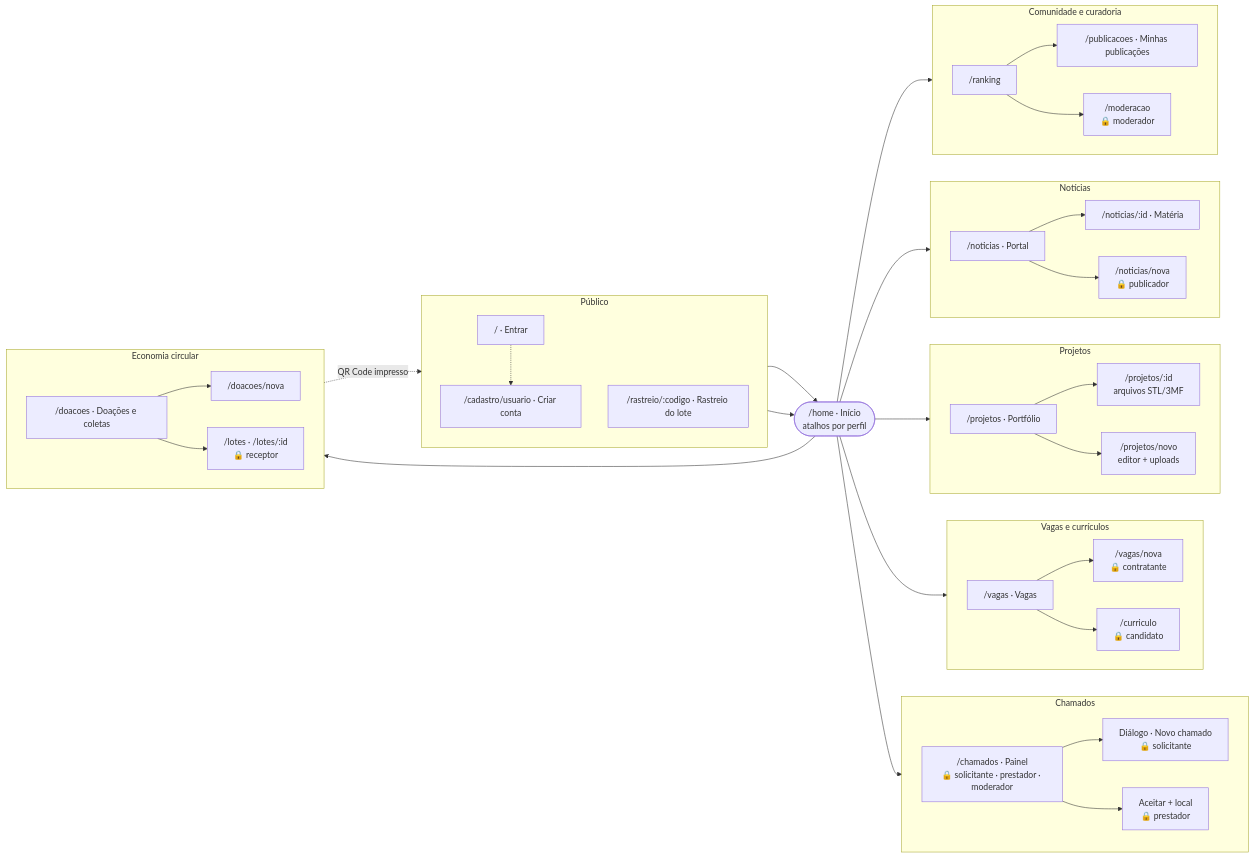
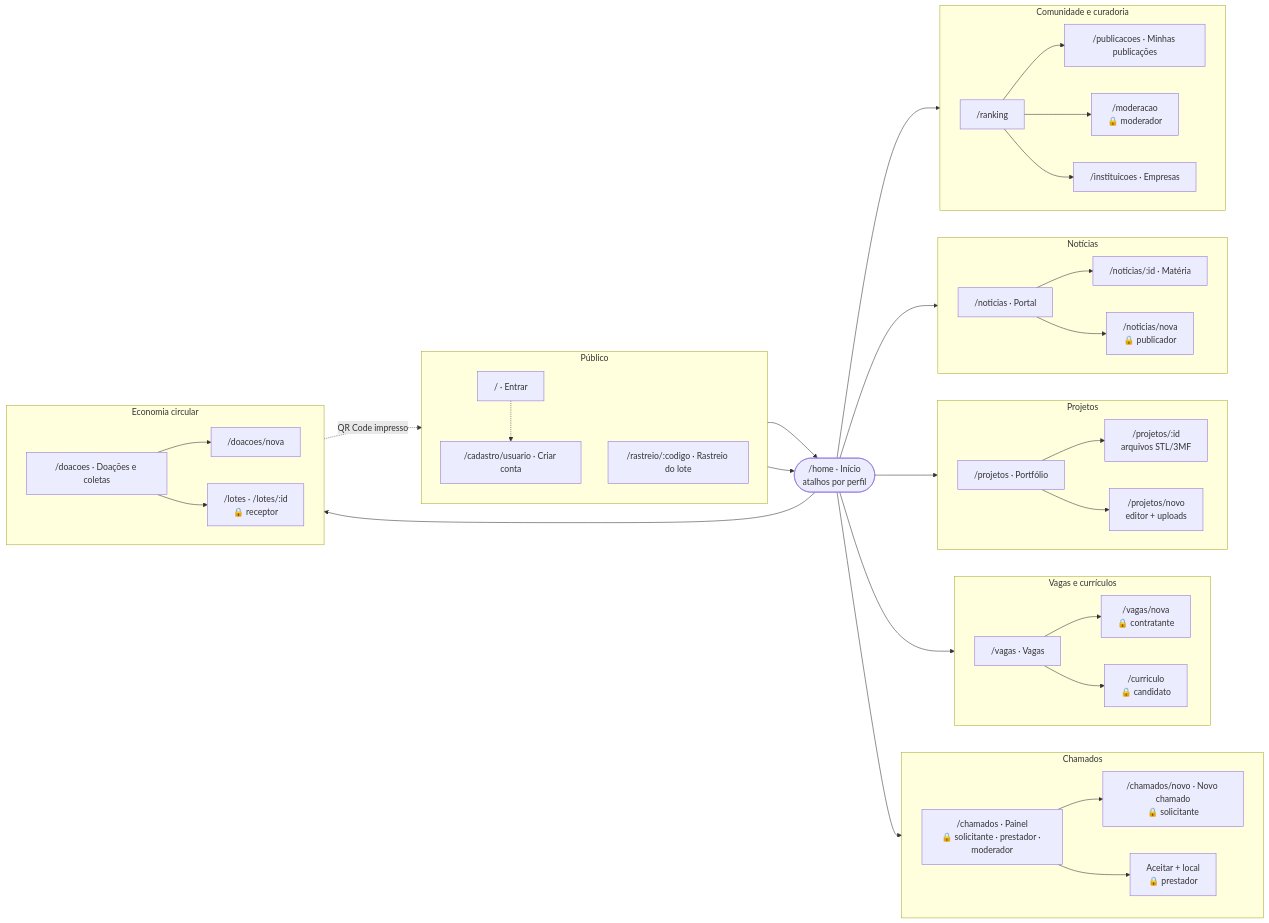
The eighth of 9 diagrams in README.md (LuizFelipeDias/IC), drawn with Mermaid before and after one commit. The commit also changed other lines of this file and 2 other files, not shown here.

````diff
--- a/README.md
+++ b/README.md
@@ -287,53 +289,54 @@
 ```mermaid
 flowchart LR
     subgraph PUB["Público"]
         direction TB
         LOGIN["/ · Entrar"]
         CAD["/cadastro/usuario · Criar conta"]
         RAS["/rastreio/:codigo · Rastreio do lote"]
     end
 
     HOME(["/home · Início<br/>atalhos por perfil"])
 
     subgraph MCH["Chamados"]
         direction LR
-        CH["/chamados · Painel<br/>🔒 solicitante · prestador · moderador"] --> CHN["Diálogo · Novo chamado<br/>🔒 solicitante"]
+        CH["/chamados · Painel<br/>🔒 solicitante · prestador · moderador"] --> CHN["/chamados/novo · Novo chamado<br/>🔒 solicitante"]
         CH --> CHA["Aceitar + local<br/>🔒 prestador"]
     end
 
     subgraph MVA["Vagas e currículos"]
         direction LR
         VA["/vagas · Vagas"] --> VAN["/vagas/nova<br/>🔒 contratante"]
         VA --> CUR["/curriculo<br/>🔒 candidato"]
     end
 
     subgraph MPR["Projetos"]
         direction LR
         PR["/projetos · Portfólio"] --> PRD["/projetos/:id<br/>arquivos STL/3MF"]
         PR --> PRE["/projetos/novo<br/>editor + uploads"]
     end
 
     subgraph MNO["Notícias"]
         direction LR
         NO["/noticias · Portal"] --> NOD["/noticias/:id · Matéria"]
         NO --> NOE["/noticias/nova<br/>🔒 publicador"]
     end
 
     subgraph MEC["Economia circular"]
         direction LR
         DO["/doacoes · Doações e coletas"] --> DON["/doacoes/nova"]
         DO --> LO["/lotes · /lotes/:id<br/>🔒 receptor"]
     end
 
     subgraph MCO["Comunidade e curadoria"]
         direction LR
         RK["/ranking"] --> PUBS["/publicacoes · Minhas publicações"]
         RK --> MODR["/moderacao<br/>🔒 moderador"]
+        RK --> INS["/instituicoes · Empresas"]
     end
 
     LOGIN --> HOME
     CAD --> HOME
     LOGIN -.-> CAD
     HOME --> CH & VA & PR & NO & DO & RK
     LO -. "QR Code impresso" .-> RAS
 ```
````
